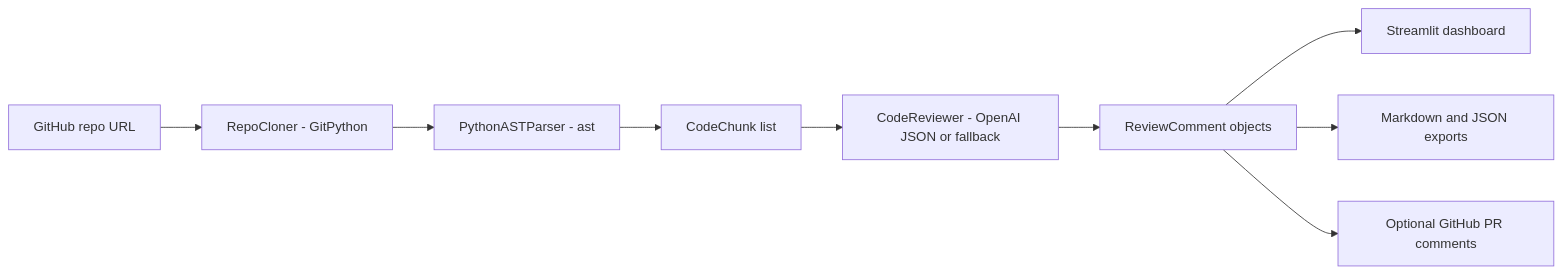
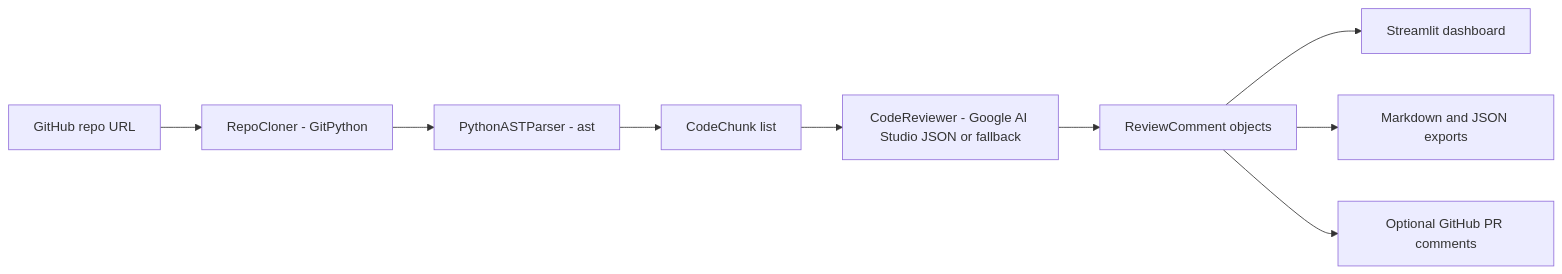
One commit to aastha70203/repo_checker changed the diagram in README.md. Above: the diagram before and after it, drawn with Mermaid. The commit also changed other lines of this file and 11 other files, not shown here.

Commit message:
Added Google AI studio instead of Anthropic

````diff
--- a/README.md
+++ b/README.md
@@ -32,11 +42,11 @@
 ```mermaid
 flowchart LR
     A["GitHub repo URL"] --> B["RepoCloner - GitPython"]
     B --> C["PythonASTParser - ast"]
     C --> D["CodeChunk list"]
-    D --> E["CodeReviewer - OpenAI JSON or fallback"]
+    D --> E["CodeReviewer - Google AI Studio JSON or fallback"]
     E --> F["ReviewComment objects"]
     F --> G["Streamlit dashboard"]
     F --> H["Markdown and JSON exports"]
     F --> I["Optional GitHub PR comments"]
 ```
````
